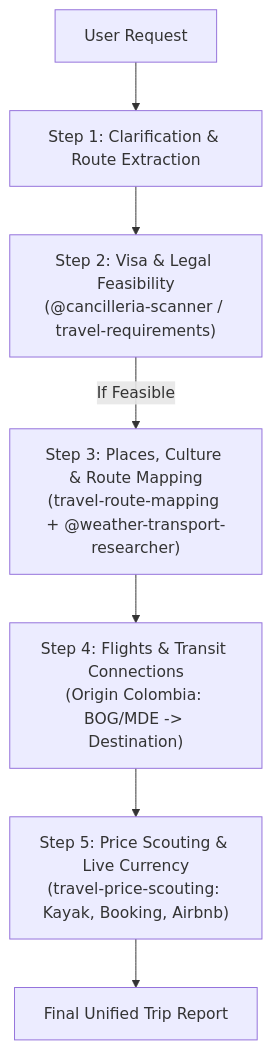
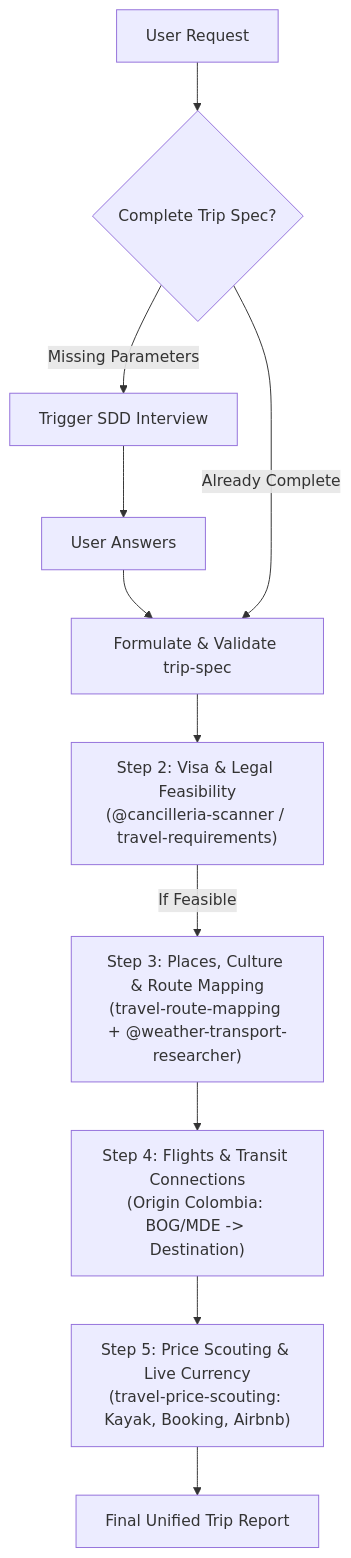
One commit to daniel72584/agent-traveler changed the diagram in .agents/agents/travel-supervisor.md. Above: the diagram before and after it, drawn with Mermaid. The commit also changed other lines of this file and 6 other files, not shown here.

Commit message:
feat(sdd): implement trip-spec interview protocol, schema, and agent gates

````diff
--- a/.agents/agents/travel-supervisor.md
+++ b/.agents/agents/travel-supervisor.md
@@ -38,9 +38,13 @@
 ```mermaid
 flowchart TD
-    Req[User Request] --> S1[Step 1: Clarification & Route Extraction]
-    S1 --> S2["Step 2: Visa & Legal Feasibility<br/>(@cancilleria-scanner / travel-requirements)"]
+    Req[User Request] --> CheckSpec{Complete Trip Spec?}
+    CheckSpec -->|Missing Parameters| Int[Trigger SDD Interview]
+    Int --> UserAns[User Answers]
+    UserAns --> ValSpec[Formulate & Validate trip-spec]
+    CheckSpec -->|Already Complete| ValSpec
+    ValSpec --> S2["Step 2: Visa & Legal Feasibility<br/>(@cancilleria-scanner / travel-requirements)"]
     S2 -->|If Feasible| S3["Step 3: Places, Culture & Route Mapping<br/>(travel-route-mapping + @weather-transport-researcher)"]
     S3 --> S4["Step 4: Flights & Transit Connections<br/>(Origin Colombia: BOG/MDE -> Destination)"]
     S4 --> S5["Step 5: Price Scouting & Live Currency<br/>(travel-price-scouting: Kayak, Booking, Airbnb)"]
     S5 --> Rep[Final Unified Trip Report]
 ```
````
